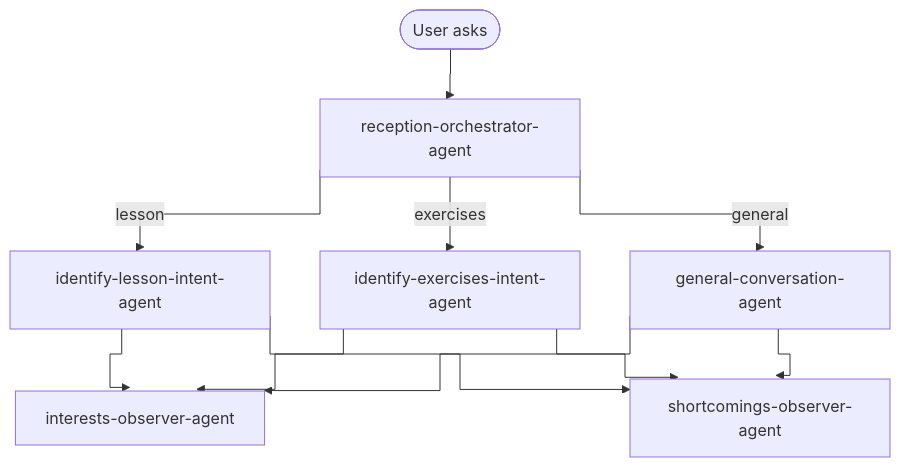
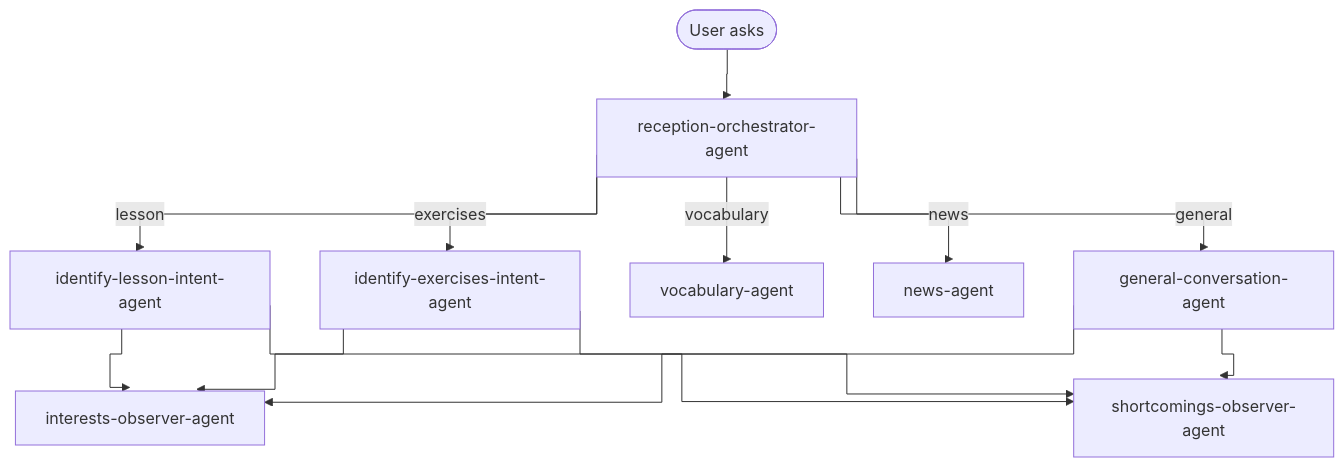
One commit to patopitaluga/gio-system changed the first of 4 diagrams in README.md. Above: the diagram before and after it, drawn with Mermaid. The commit also changed other lines of this file and 48 other files, not shown here.

Commit message:
Improved architecture

````diff
--- a/README.md
+++ b/README.md
@@ -215,26 +215,30 @@
 ```mermaid
 ---
 config:
   flowchart:
     curve: stepBefore
 ---
 flowchart TD
   User([User asks])
   Orch[reception-orchestrator-agent]
   Lesson[identify-lesson-intent-agent]
   Exercises[identify-exercises-intent-agent]
+  Vocabulary[vocabulary-agent]
+  News[news-agent]
   Conversation[general-conversation-agent]
   Interests[interests-observer-agent]
   Shortcomings[shortcomings-observer-agent]
 
   User --> Orch
   Orch -->|lesson| Lesson
   Orch -->|exercises| Exercises
+  Orch -->|vocabulary| Vocabulary
+  Orch -->|news| News
   Orch -->|general| Conversation
   Lesson --> Interests
   Exercises --> Interests
   Conversation --> Interests
   Lesson --> Shortcomings
   Exercises --> Shortcomings
   Conversation --> Shortcomings
 ```
````
